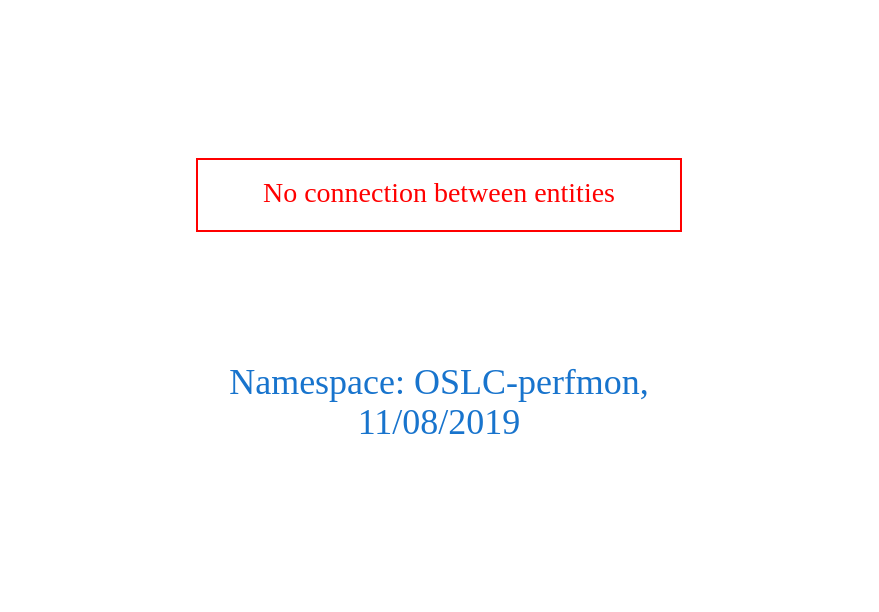
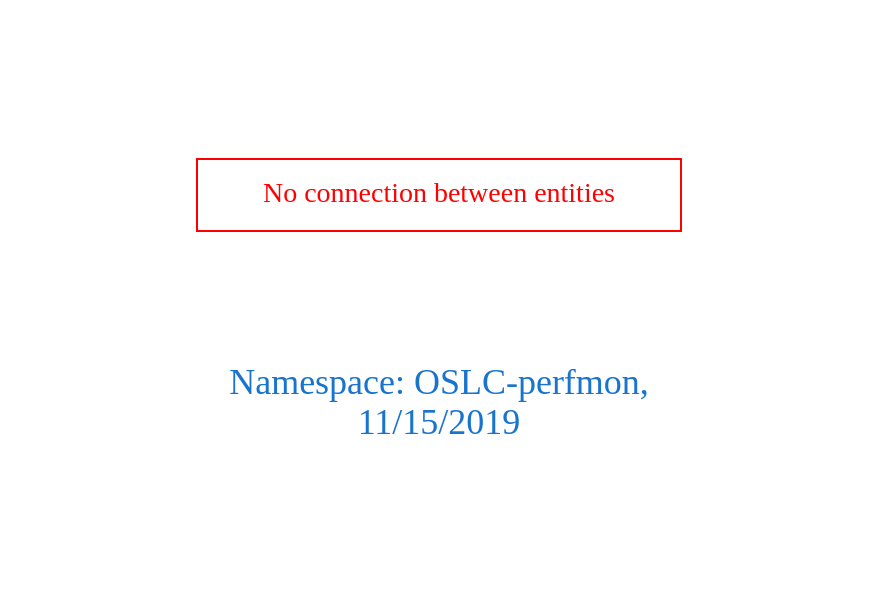
The diagram in downloads/OSLC-perfmon.dot (arago/OGIT), drawn with Graphviz before and after one commit. The commit also changed 1600 other files, not shown here.

```diff
--- a/downloads/OSLC-perfmon.dot
+++ b/downloads/OSLC-perfmon.dot
@@ -1,9 +1,9 @@
 digraph OGIT_ontology {
  graph [ rankdir= LR,pad=1 
 fontsize = 18,
-fontcolor= dodgerblue3,label = "\n\n\nNamespace: OSLC-perfmon, \n 11/08/2019"];
+fontcolor= dodgerblue3,label = "\n\n\nNamespace: OSLC-perfmon, \n 11/15/2019"];
 node[shape=polygon];
 edge [  color="gray81"];
 
 "No connection between entities" [fontcolor = "red",color="red", shape="polygon"]
 }
```
